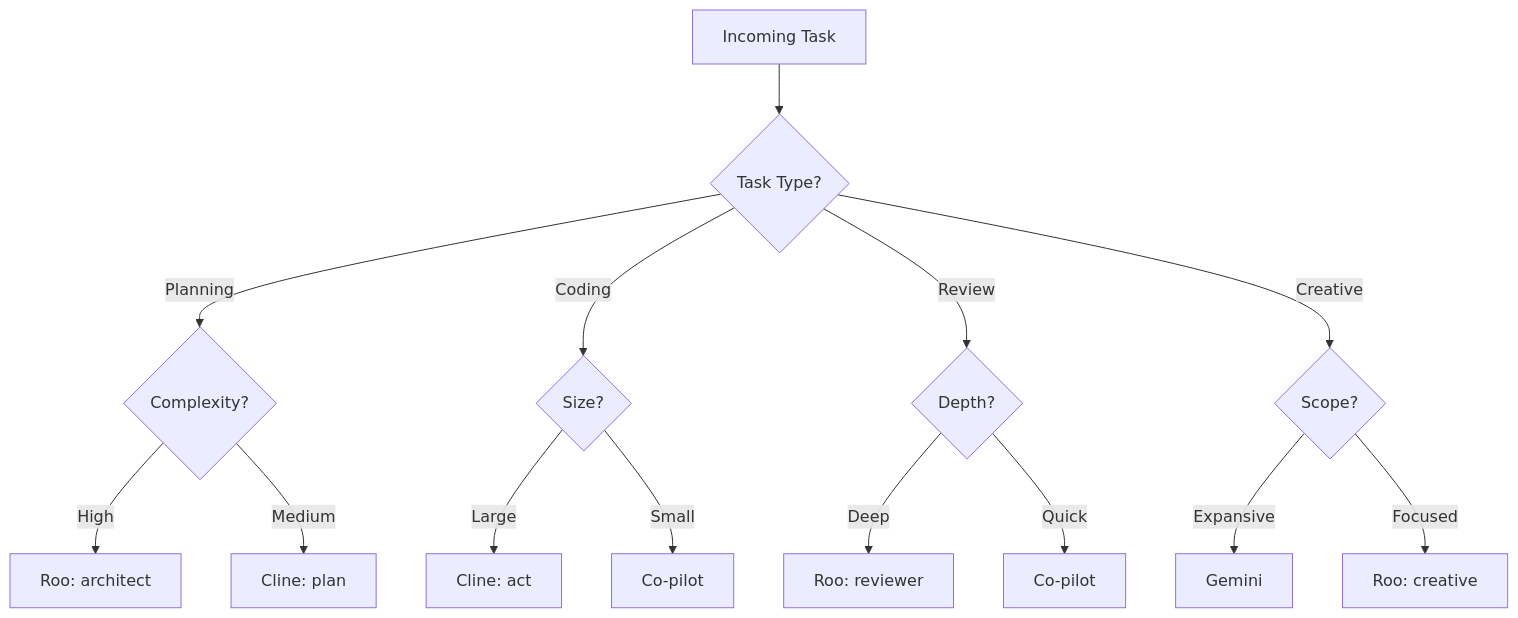
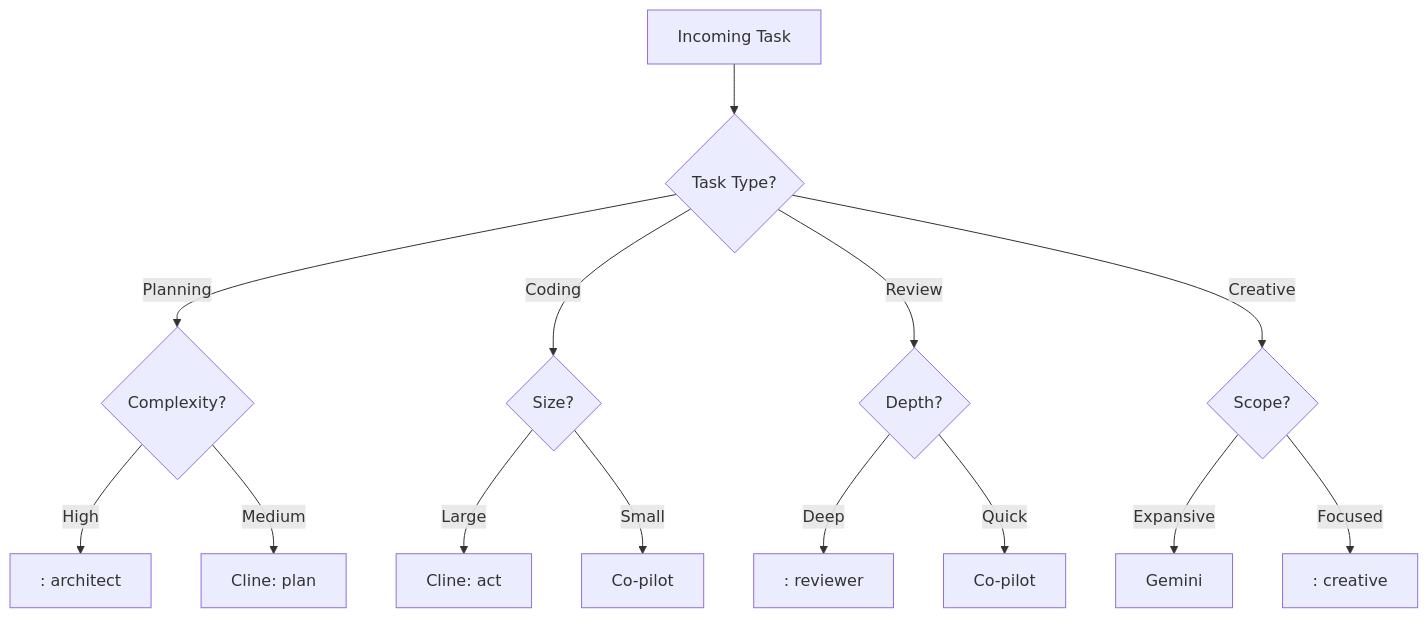
The second of 3 diagrams in docs/strategic_analysis_multi_tool_integration.md (ai-cherry/orchestra-main), drawn with Mermaid before and after one commit. The commit also changed other lines of this file and 396 other files, not shown here.

````diff
--- a/docs/strategic_analysis_multi_tool_integration.md
+++ b/docs/strategic_analysis_multi_tool_integration.md
@@ -207,20 +206,20 @@
 ```mermaid
 flowchart TD
     A[Incoming Task] --> B{Task Type?}
     B -->|Planning| C{Complexity?}
     B -->|Coding| D{Size?}
     B -->|Review| E{Depth?}
     B -->|Creative| F{Scope?}
 
-    C -->|High| G[Roo: architect]
+    C -->|High| G[: architect]
     C -->|Medium| H[Cline: plan]
 
     D -->|Large| I[Cline: act]
     D -->|Small| J[Co-pilot]
 
-    E -->|Deep| K[Roo: reviewer]
+    E -->|Deep| K[: reviewer]
     E -->|Quick| L[Co-pilot]
 
     F -->|Expansive| M[Gemini]
-    F -->|Focused| N[Roo: creative]
+    F -->|Focused| N[: creative]
 ```
````
